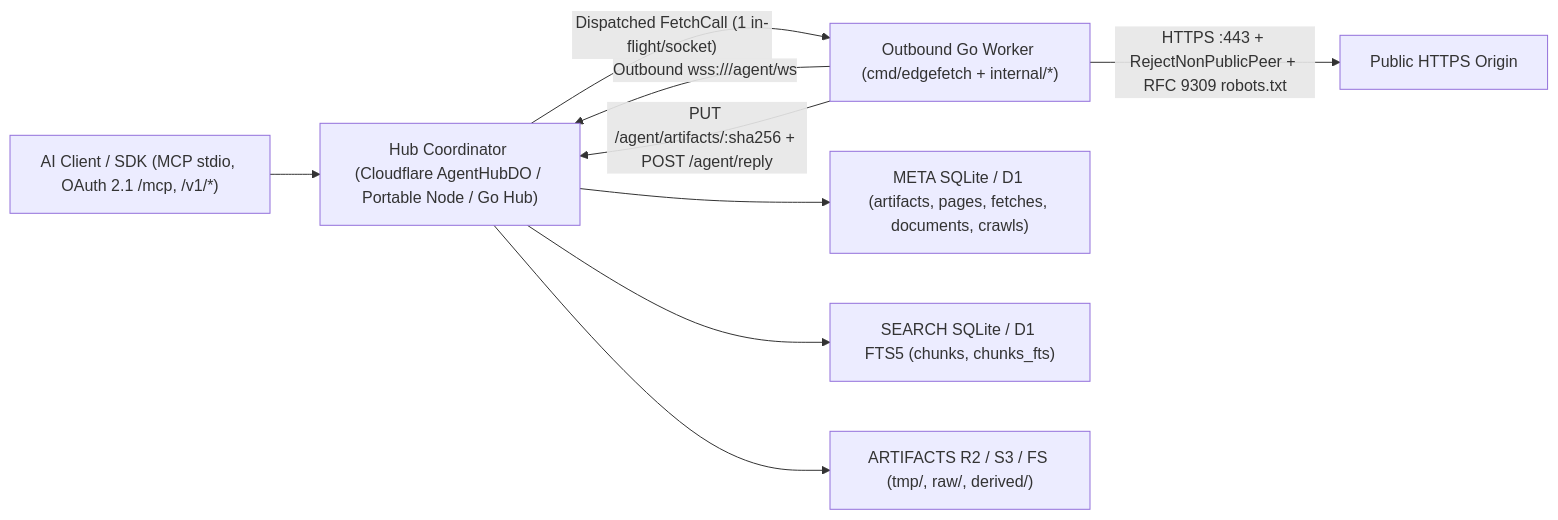
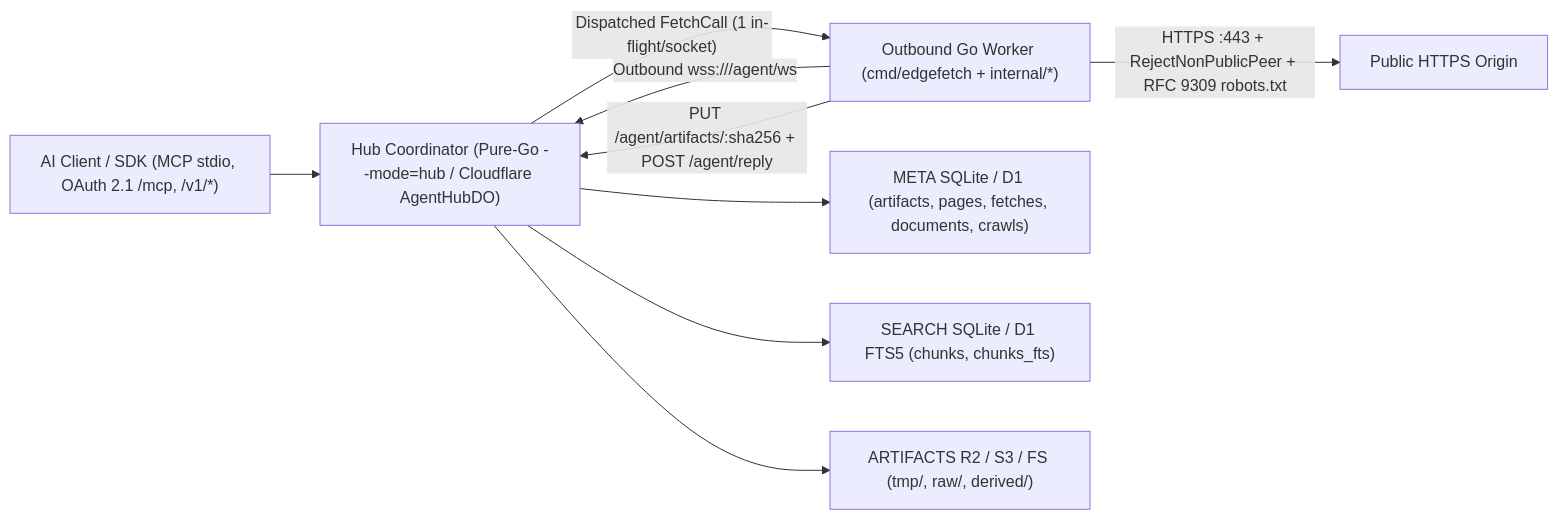
The diagram in EGM.md (bartrumb/edgefetch), drawn with Mermaid before and after one commit. The commit also changed other lines of this file and 81 other files, not shown here.

````diff
--- a/EGM.md
+++ b/EGM.md
@@ -9,11 +9,11 @@
 ```mermaid
 flowchart LR
-  Caller["AI Client / SDK (MCP stdio, OAuth 2.1 /mcp, /v1/*)"] --> Hub["Hub Coordinator (Cloudflare AgentHubDO / Portable Node / Go Hub)"]
+  Caller["AI Client / SDK (MCP stdio, OAuth 2.1 /mcp, /v1/*)"] --> Hub["Hub Coordinator (Pure-Go --mode=hub / Cloudflare AgentHubDO)"]
   Worker["Outbound Go Worker (cmd/edgefetch + internal/*)"] -- "Outbound wss://<hub>/agent/ws" --> Hub
   Hub -- "Dispatched FetchCall (1 in-flight/socket)" --> Worker
   Worker -- "HTTPS :443 + RejectNonPublicPeer + RFC 9309 robots.txt" --> Origin["Public HTTPS Origin"]
   Worker -- "PUT /agent/artifacts/:sha256 + POST /agent/reply" --> Hub
   Hub --> MetaD1["META SQLite / D1 (artifacts, pages, fetches, documents, crawls)"]
   Hub --> SearchD1["SEARCH SQLite / D1 FTS5 (chunks, chunks_fts)"]
   Hub --> R2["ARTIFACTS R2 / S3 / FS (tmp/, raw/, derived/)"]
 ```
````
